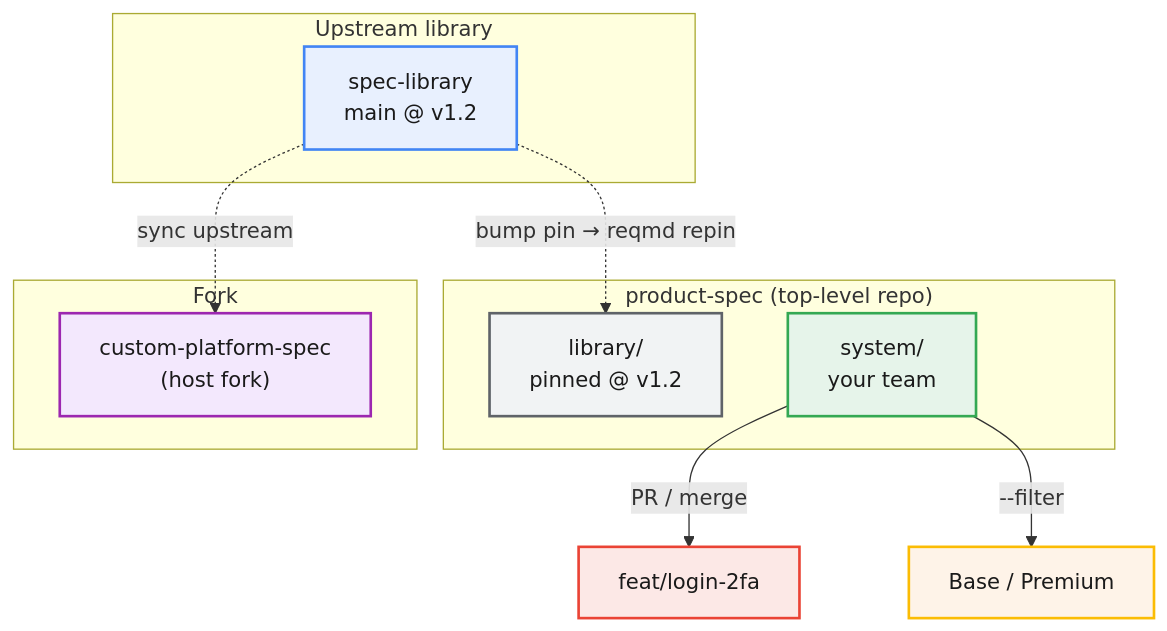
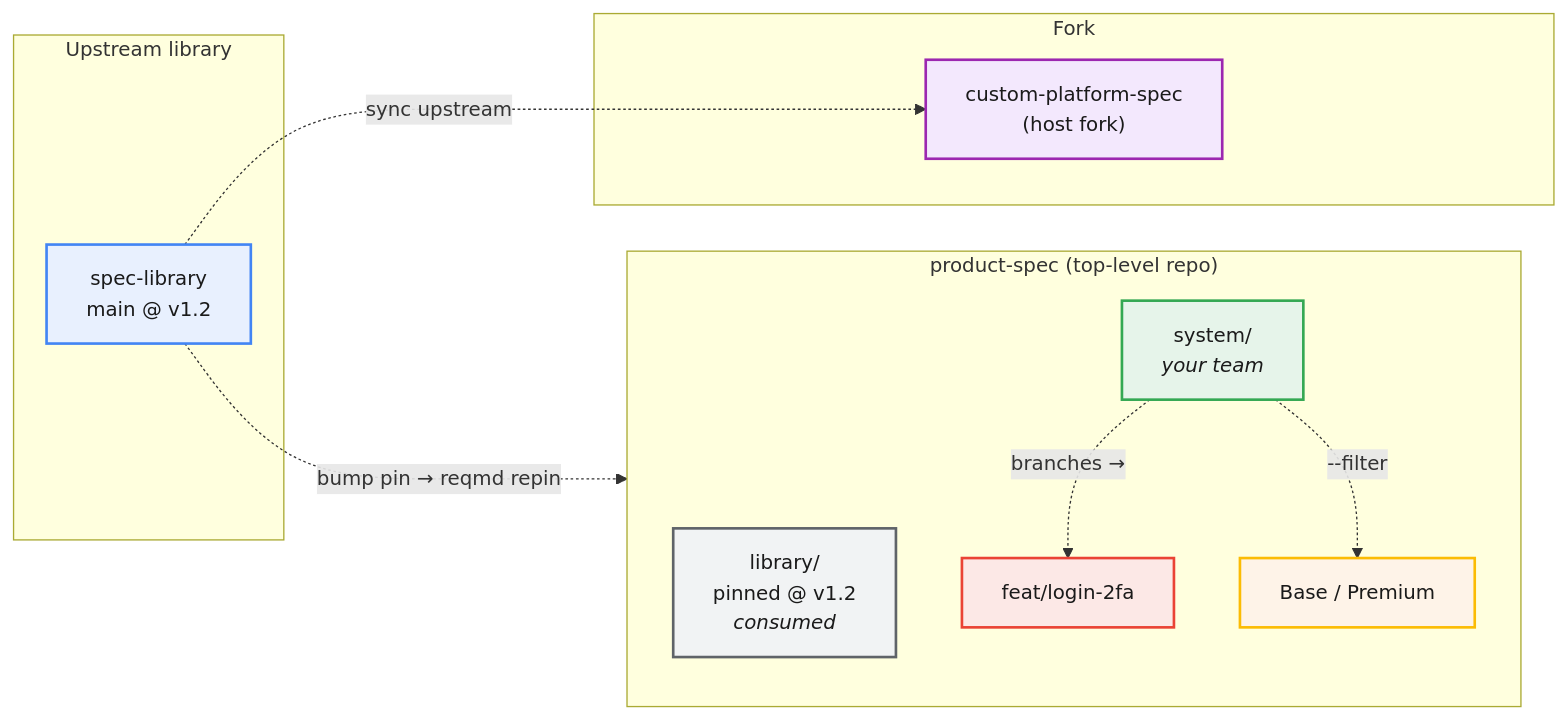
One commit to dVoo/reqmd changed the diagram in site/content/structure.md. Above: the diagram before and after it, drawn with Mermaid. The commit also changed 1 other file, not shown here.

Commit message:
Fix topology diagram placement: center it, flow left-to-right

````diff
--- a/site/content/structure.md
+++ b/site/content/structure.md
@@ -22,32 +22,32 @@
 ```mermaid
-%%{init: {'themeVariables': {'fontSize': '16px'}}}%%
+%%{init: {'themeVariables': {'fontSize': '15px'}}}%%
 
-flowchart TD
+flowchart LR
   classDef upstream fill:#e8f0fe,stroke:#4285f4,stroke-width:2px,color:#1a1a1a
   classDef owned fill:#e6f4ea,stroke:#34a853,stroke-width:2px,color:#1a1a1a
   classDef submodule fill:#f1f3f4,stroke:#5f6368,stroke-width:2px,color:#1a1a1a
   classDef branch fill:#fce8e6,stroke:#ea4335,stroke-width:2px,color:#1a1a1a
   classDef variant fill:#fef3e8,stroke:#fbbc04,stroke-width:2px,color:#1a1a1a
   classDef fork fill:#f3e8fd,stroke:#9c27b0,stroke-width:2px,color:#1a1a1a
 
   subgraph upstream["Upstream library"]
     LIB["spec-library<br/>main @ v1.2"]:::upstream
   end
 
   subgraph assembled["product-spec (top-level repo)"]
-    SUB["library/<br/>pinned @ v1.2"]:::submodule
-    SYS["system/<br/>your team"]:::owned
+    direction TB
+    SUB["library/<br/>pinned @ v1.2<br/><i>consumed</i>"]:::submodule
+    SYS["system/<br/><i>your team</i>"]:::owned
+    BRANCH["feat/login-2fa"]:::branch
+    VAR["Base / Premium"]:::variant
+    SYS -.->|"branches →"| BRANCH
+    SYS -.->|"--filter"| VAR
   end
-
-  BRANCH["feat/login-2fa"]:::branch
-  VAR["Base / Premium"]:::variant
 
   subgraph forked["Fork"]
     FORK["custom-platform-spec<br/>(host fork)"]:::fork
   end
 
   LIB -.->|"bump pin → reqmd repin"| SUB
-  SYS -->|"PR / merge"| BRANCH
-  SYS -->|"--filter"| VAR
   LIB -.->|"sync upstream"| FORK
 ```
````
